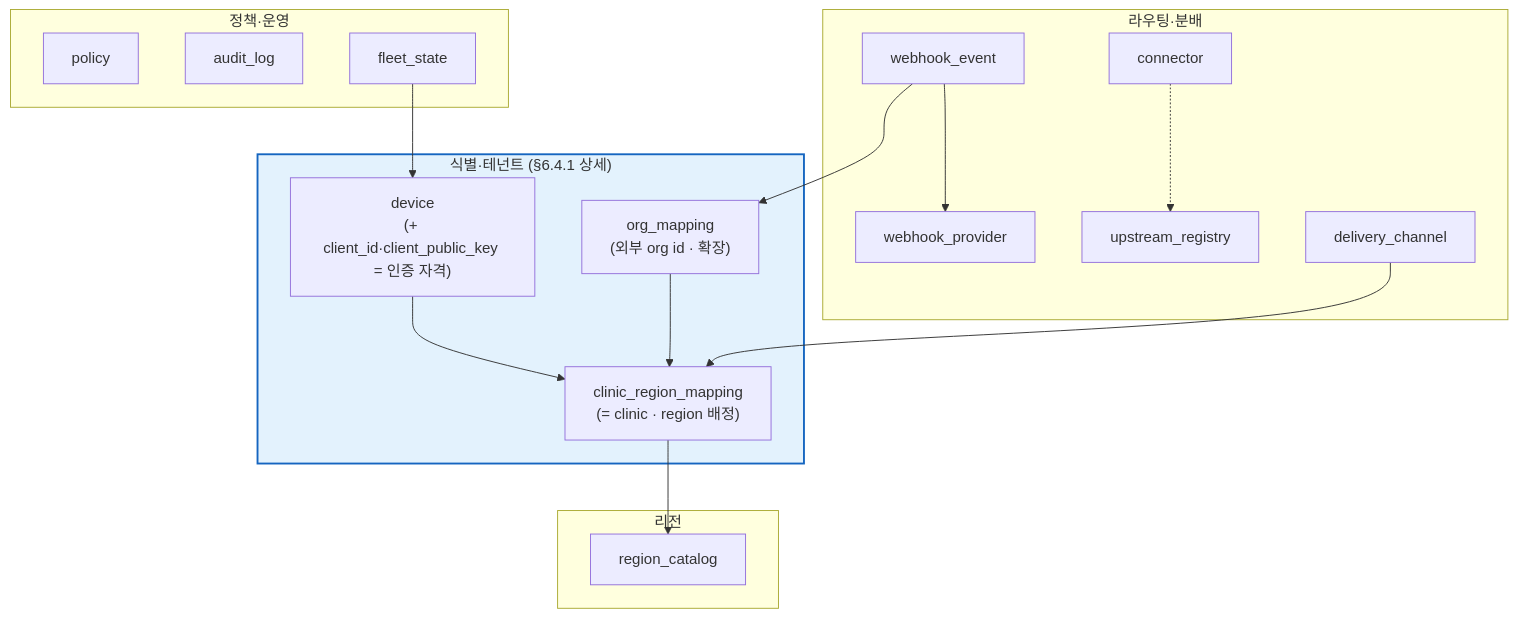
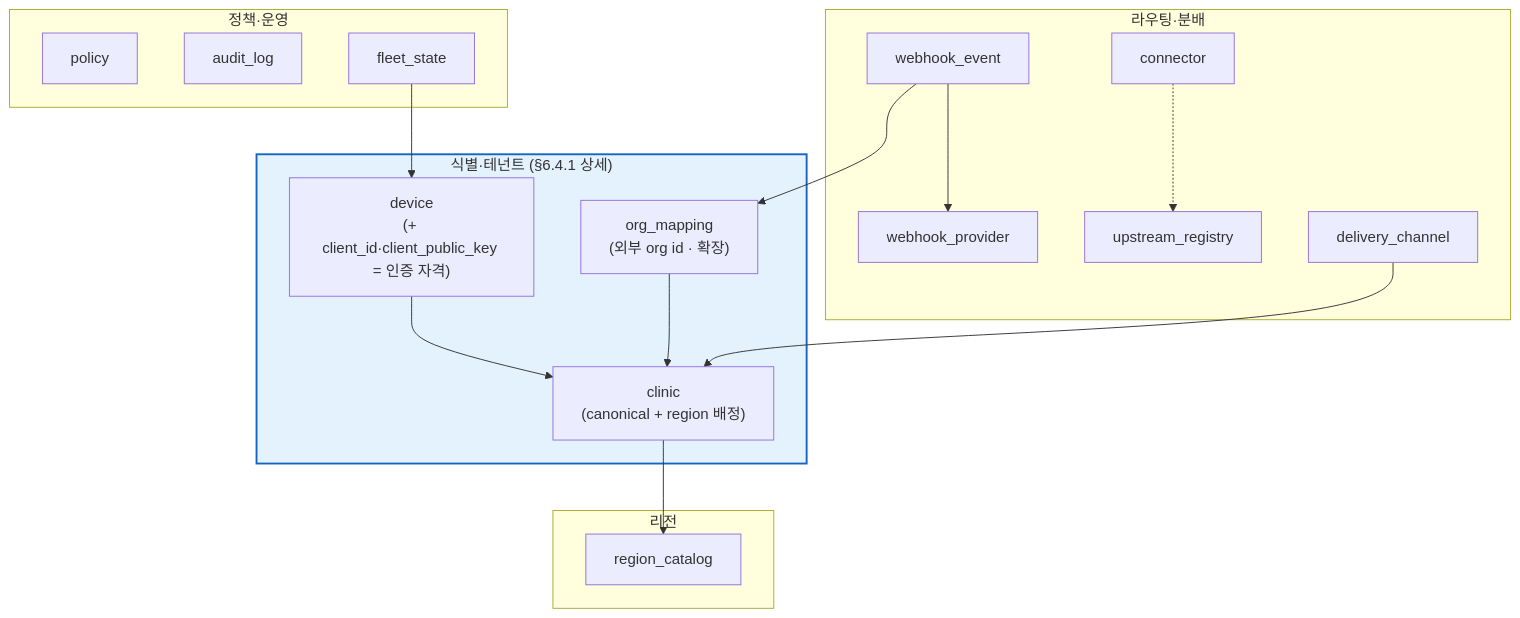
Before and after one commit to gracegyu/scp-architecture: diagram 17 of 17 in docs/VT_API_Gateway/08.VT_API_Gateway/specs/03-srs-gateway/SRS.md, drawn with Mermaid. The commit also changed other lines of this file and 8 other files, not shown here.

Commit message:
문서 업데이트: VT API Gateway의 SRS 문서에서 `clinic_region_mapping` 테이블을 `clinic`으로 승격하고, 관련 DBML 및 OpenAPI 문서에서 클리닉 등록 프로세스를 자동화하여 일관성을 강화하였습니다. 또한, region 해석 프로세스를 개선하고, Redis 캐시 키 패턴을 업데이트하여 데이터 구조의 명확성을 높였습니다. 설정 파일에 새로운 Bash 스크립트를 추가하여 개발 환경에서의 도구 활성화 및 오류 처리를 개선하였습니다.

````diff
--- a/docs/VT_API_Gateway/08.VT_API_Gateway/specs/03-srs-gateway/SRS.md
+++ b/docs/VT_API_Gateway/08.VT_API_Gateway/specs/03-srs-gateway/SRS.md
@@ -1249,33 +1249,33 @@
 ```mermaid
 flowchart TB
     subgraph ID["식별·테넌트 (§6.4.1 상세)"]
         DEV["device<br/>(+ client_id·client_public_key = 인증 자격)"]
-        CLI["clinic_region_mapping<br/>(= clinic · region 배정)"]
+        CLI["clinic<br/>(canonical + region 배정)"]
         ORG["org_mapping<br/>(외부 org id · 확장)"]
     end
     subgraph RGN["리전"]
         RC[region_catalog]
     end
     subgraph DISP["라우팅·분배"]
         UPS[upstream_registry]
         WP[webhook_provider]
         WE[webhook_event]
         DC[delivery_channel]
         CONN[connector]
     end
     subgraph OPS["정책·운영"]
         POL[policy]
         AUD[audit_log]
         FLEET[fleet_state]
     end
 
     DEV --> CLI
     ORG --> CLI
     CLI --> RC
     DC --> CLI
     WE --> ORG
     WE --> WP
     FLEET --> DEV
     CONN -.-> UPS
     style ID fill:#e3f2fd,stroke:#1565c0,stroke-width:2px
 ```
````
